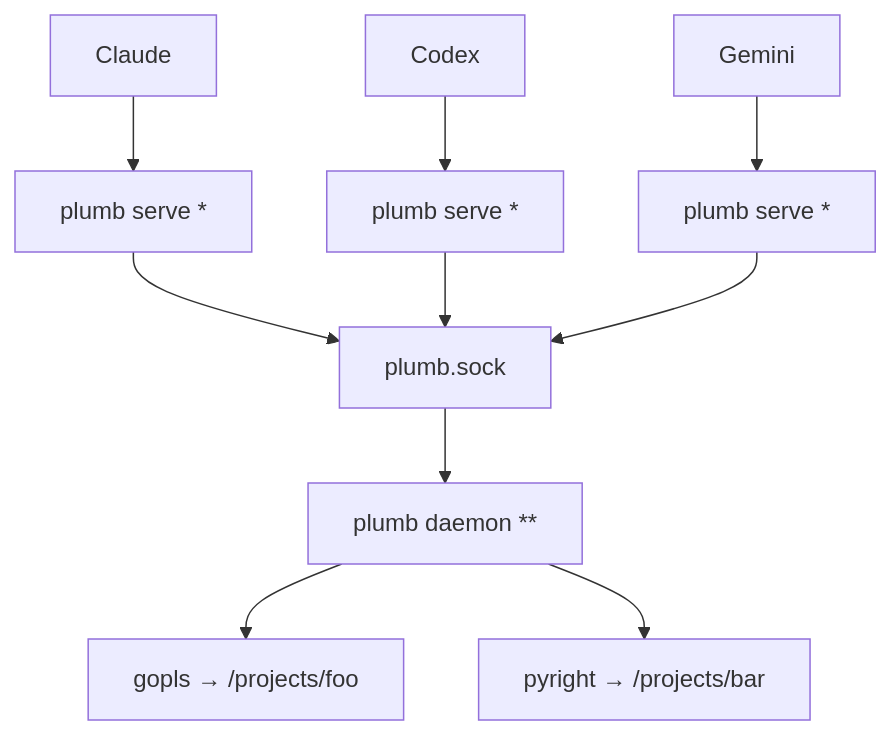
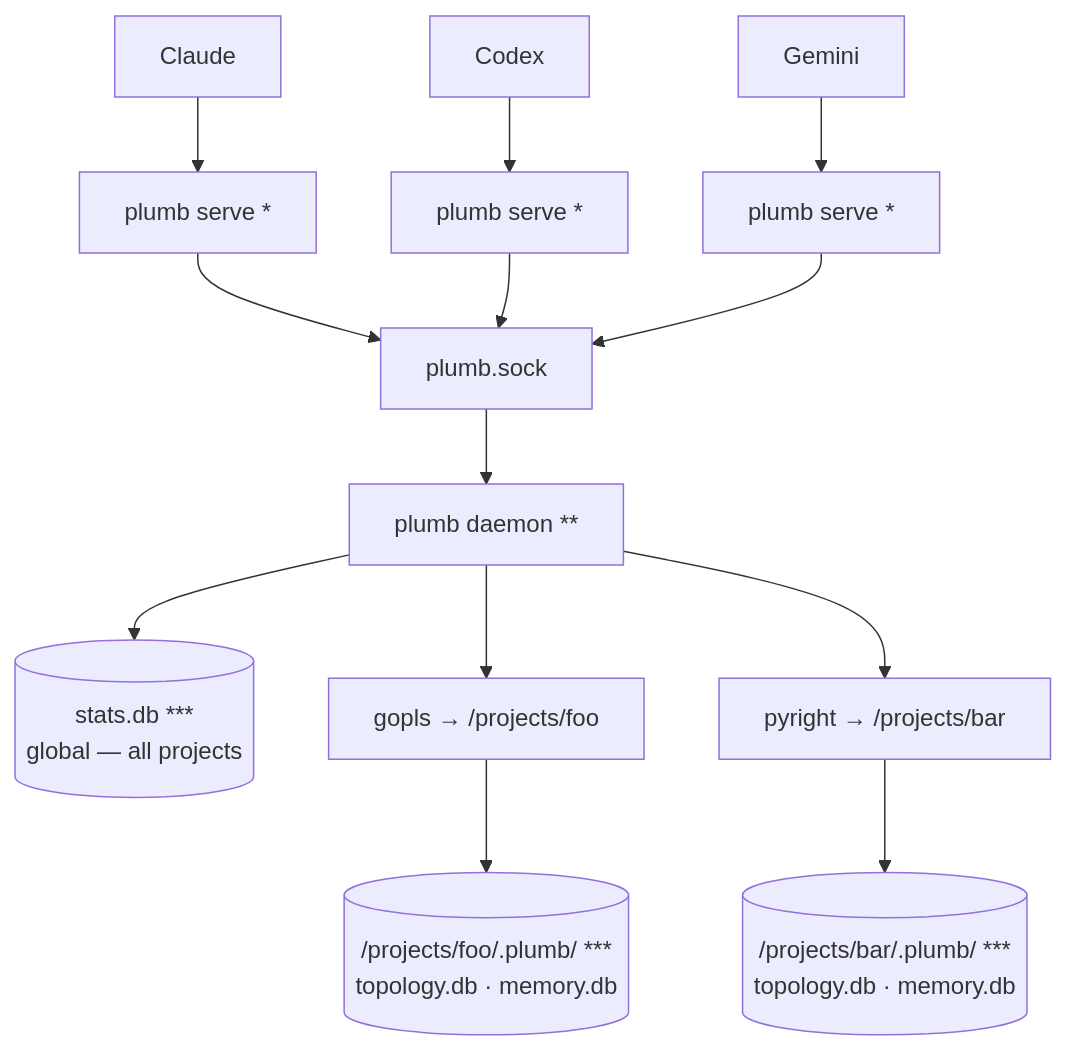
The diagram in README.md (plumbkit/plumb), drawn with Mermaid before and after one commit. The commit also changed other lines of this file and 1 other file, not shown here.

Commit message:
docs: document the three SQLite databases and their schemas
The README architecture diagram showed no databases and architecture.md only
covered stats.db. Add a 'Databases at a glance' overview (global stats.db vs
per-project topology.db/memory.db, with a boundary diagram), full schema + ER
diagrams for topology.db and memory.db, and fill the stats.db gaps (the
episodic_memories table and the idx_tc_tool_dur index). README mermaid diagram
now shows all three databases.

````diff
--- a/README.md
+++ b/README.md
@@ -121,12 +121,15 @@
 ```mermaid
 flowchart TD
     A1["Claude"] --> S1["plumb serve *"]
     A2["Codex"] --> S2["plumb serve *"]
     A3["Gemini"] --> S3["plumb serve *"]
     S1 --> K["plumb.sock"]
     S2 --> K
     S3 --> K
     K --> D["plumb daemon **"]
+    D --> SDB[("stats.db ***<br/>global — all projects")]
     D --> G["gopls → /projects/foo"]
     D --> P["pyright → /projects/bar"]
+    G --> F1[("/projects/foo/.plumb/ ***<br/>topology.db · memory.db")]
+    P --> F2[("/projects/bar/.plumb/ ***<br/>topology.db · memory.db")]
 ```
````
